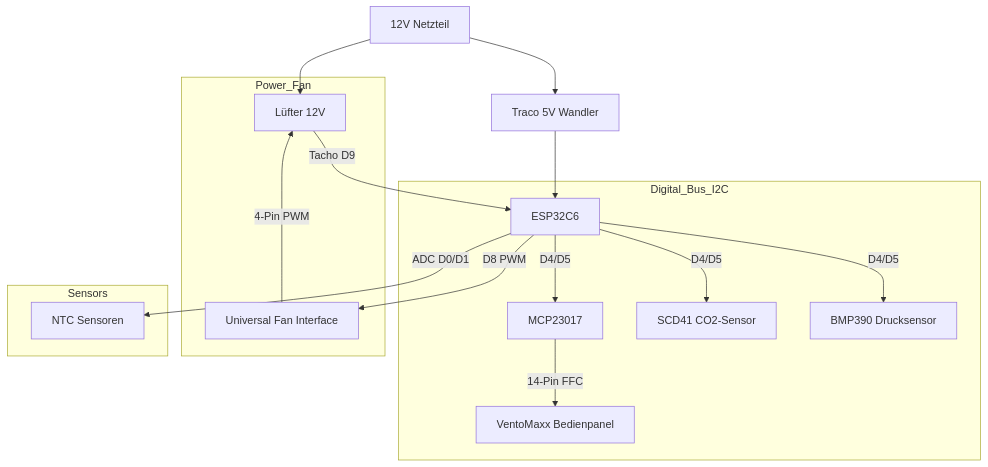
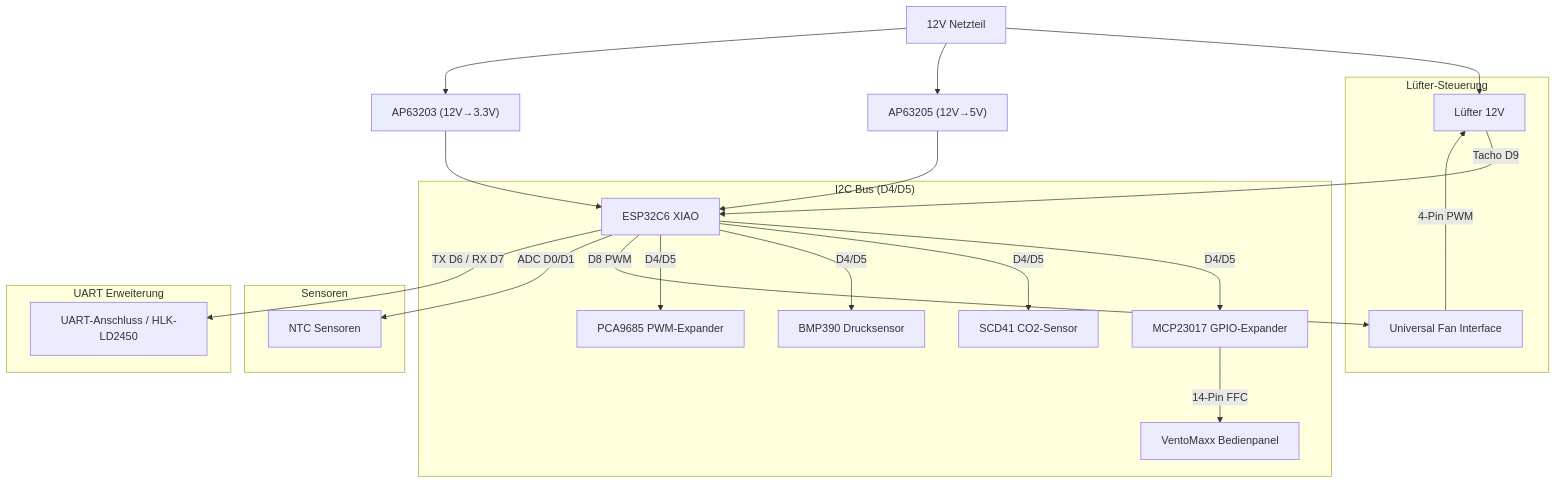
The first of 2 diagrams in Readme.md (thomasengeroff-dotcom/ESPHome-Wohnraumlueftung), drawn with Mermaid before and after one commit. The commit also changed other lines of this file and 5 other files, not shown here.

Commit message:
feat: Introduce Smart-Automatik mode, enhance UI button and LED feedback, and update hardware diagram and power control logic.

````diff
--- a/Readme.md
+++ b/Readme.md
@@ -285,23 +290,30 @@
 ```mermaid
 graph TD
     PSU[12V Netzteil] --> FAN[Lüfter Motor]
-    PSU --> TRACO[Traco 5V Wandler]
-    TRACO --> XIAO[ESP32C6]
+    PSU --> AP5V["AP63205 (12V→5V)"]
+    PSU --> AP3V["AP63203 (12V→3.3V)"]
+    AP5V --> XIAO[ESP32C6 XIAO]
+    AP3V --> XIAO
 
-    subgraph Digital_Bus_I2C
-    XIAO -->|D4/D5| MCP[MCP23017]
+    subgraph Digital_Bus_I2C ["I2C Bus (D4/D5)"]
+    XIAO -->|D4/D5| MCP[MCP23017 GPIO-Expander]
     XIAO -->|D4/D5| SCD41[SCD41 CO2-Sensor]
     XIAO -->|D4/D5| BMP390[BMP390 Drucksensor]
+    XIAO -->|D4/D5| PCA9685[PCA9685 PWM-Expander]
     MCP -->|14-Pin FFC| PANEL[VentoMaxx Bedienpanel]
     end
 
-    subgraph Power_Fan
+    subgraph Power_Fan ["Lüfter-Steuerung"]
     XIAO -->|D8 PWM| FAN_CTRL[Universal Fan Interface]
     FAN_CTRL -->|4-Pin PWM| FAN[Lüfter 12V]
     FAN -->|Tacho D9| XIAO
     end
 
-    subgraph Sensors
+    subgraph Sensors ["Sensoren"]
     XIAO -->|ADC D0/D1| NTCS[NTC Sensoren]
     end
+
+    subgraph UART_EXT ["UART Erweiterung"]
+    XIAO -->|TX D6 / RX D7| UART_CON[UART-Anschluss / HLK-LD2450]
+    end
 ```
````
